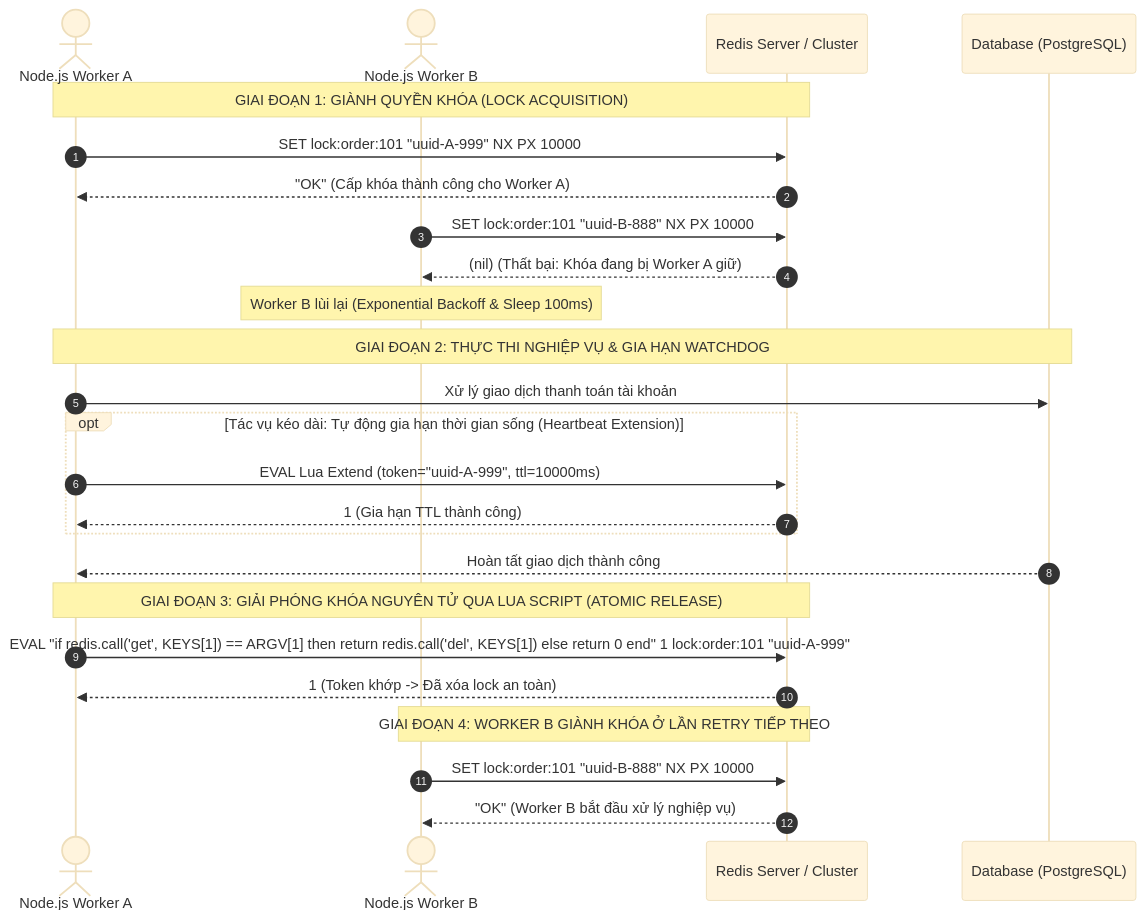
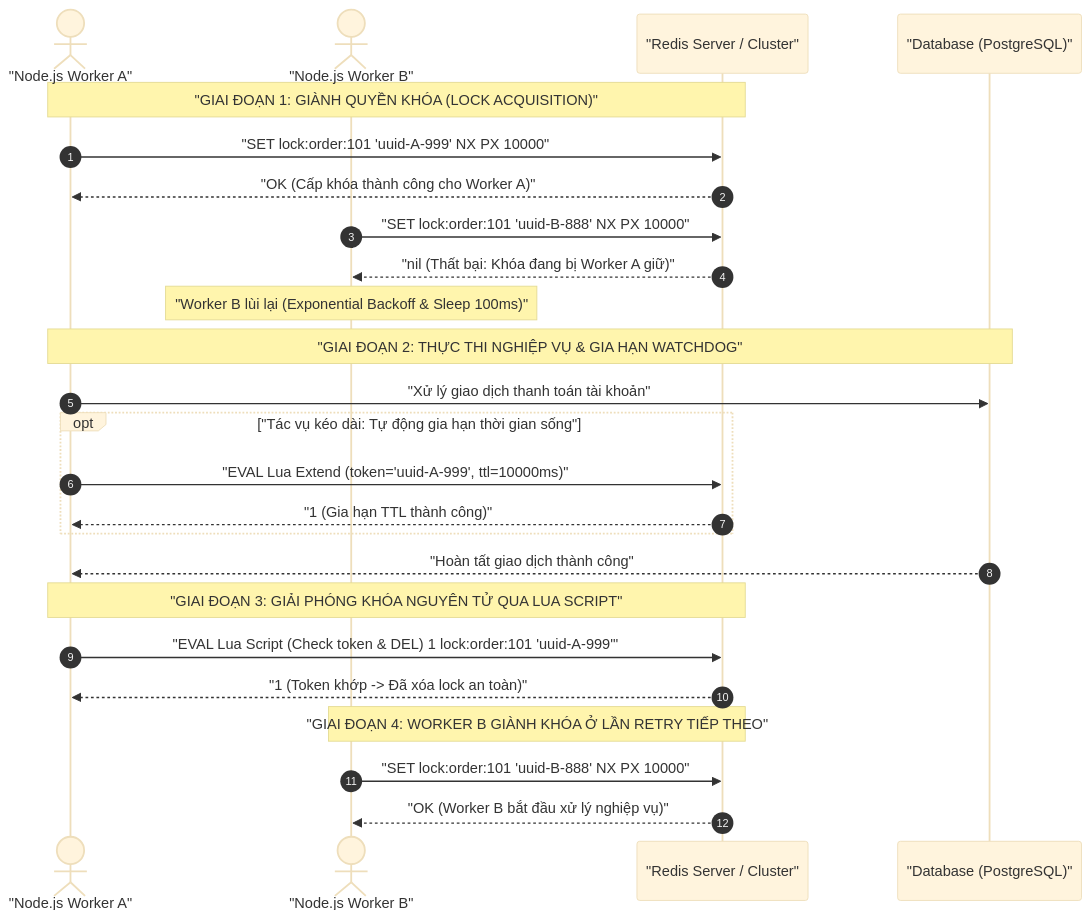
The ninth of 10 diagrams in Backend/Database & Storage/03. Redis Mastery/Bài 01 - Redis Core Data Structures, Caching Strategies & Locks.md (hydragon2m/docs), drawn with Mermaid (base theme) before and after one commit. The commit also changed other lines of this file and 3 other files, not shown here.

````diff
--- a/Backend/Database & Storage/03. Redis Mastery/Bài 01 - Redis Core Data Structures, Caching Strategies & Locks.md
+++ b/Backend/Database & Storage/03. Redis Mastery/Bài 01 - Redis Core Data Structures, Caching Strategies & Locks.md
@@ -370,32 +372,32 @@
 ```mermaid
 sequenceDiagram
     autonumber
-    actor WorkerA as Node.js Worker A
-    actor WorkerB as Node.js Worker B
-    participant Redis as Redis Server / Cluster
-    participant DB as Database (PostgreSQL)
+    actor WorkerA as "Node.js Worker A"
+    actor WorkerB as "Node.js Worker B"
+    participant Redis as "Redis Server / Cluster"
+    participant DB as "Database (PostgreSQL)"
 
-    Note over WorkerA,Redis: GIAI ĐOẠN 1: GIÀNH QUYỀN KHÓA (LOCK ACQUISITION)
-    WorkerA->>Redis: SET lock:order:101 "uuid-A-999" NX PX 10000
-    Redis-->>WorkerA: "OK" (Cấp khóa thành công cho Worker A)
+    Note over WorkerA,Redis: "GIAI ĐOẠN 1: GIÀNH QUYỀN KHÓA (LOCK ACQUISITION)"
+    WorkerA->>Redis: "SET lock:order:101 'uuid-A-999' NX PX 10000"
+    Redis-->>WorkerA: "OK (Cấp khóa thành công cho Worker A)"
 
-    WorkerB->>Redis: SET lock:order:101 "uuid-B-888" NX PX 10000
-    Redis-->>WorkerB: (nil) (Thất bại: Khóa đang bị Worker A giữ)
-    Note over WorkerB: Worker B lùi lại (Exponential Backoff & Sleep 100ms)
+    WorkerB->>Redis: "SET lock:order:101 'uuid-B-888' NX PX 10000"
+    Redis-->>WorkerB: "nil (Thất bại: Khóa đang bị Worker A giữ)"
+    Note over WorkerB: "Worker B lùi lại (Exponential Backoff & Sleep 100ms)"
 
-    Note over WorkerA,DB: GIAI ĐOẠN 2: THỰC THI NGHIỆP VỤ & GIA HẠN WATCHDOG
-    WorkerA->>DB: Xử lý giao dịch thanh toán tài khoản
-    opt Tác vụ kéo dài: Tự động gia hạn thời gian sống (Heartbeat Extension)
-        WorkerA->>Redis: EVAL Lua Extend (token="uuid-A-999", ttl=10000ms)
-        Redis-->>WorkerA: 1 (Gia hạn TTL thành công)
+    Note over WorkerA,DB: "GIAI ĐOẠN 2: THỰC THI NGHIỆP VỤ & GIA HẠN WATCHDOG"
+    WorkerA->>DB: "Xử lý giao dịch thanh toán tài khoản"
+    opt "Tác vụ kéo dài: Tự động gia hạn thời gian sống"
+        WorkerA->>Redis: "EVAL Lua Extend (token='uuid-A-999', ttl=10000ms)"
+        Redis-->>WorkerA: "1 (Gia hạn TTL thành công)"
     end
-    DB-->>WorkerA: Hoàn tất giao dịch thành công
+    DB-->>WorkerA: "Hoàn tất giao dịch thành công"
 
-    Note over WorkerA,Redis: GIAI ĐOẠN 3: GIẢI PHÓNG KHÓA NGUYÊN TỬ QUA LUA SCRIPT (ATOMIC RELEASE)
-    WorkerA->>Redis: EVAL "if redis.call('get', KEYS[1]) == ARGV[1] then return redis.call('del', KEYS[1]) else return 0 end" 1 lock:order:101 "uuid-A-999"
-    Redis-->>WorkerA: 1 (Token khớp -> Đã xóa lock an toàn)
+    Note over WorkerA,Redis: "GIAI ĐOẠN 3: GIẢI PHÓNG KHÓA NGUYÊN TỬ QUA LUA SCRIPT"
+    WorkerA->>Redis: "EVAL Lua Script (Check token & DEL) 1 lock:order:101 'uuid-A-999'"
+    Redis-->>WorkerA: "1 (Token khớp -> Đã xóa lock an toàn)"
 
-    Note over WorkerB,Redis: GIAI ĐOẠN 4: WORKER B GIÀNH KHÓA Ở LẦN RETRY TIẾP THEO
-    WorkerB->>Redis: SET lock:order:101 "uuid-B-888" NX PX 10000
-    Redis-->>WorkerB: "OK" (Worker B bắt đầu xử lý nghiệp vụ)
+    Note over WorkerB,Redis: "GIAI ĐOẠN 4: WORKER B GIÀNH KHÓA Ở LẦN RETRY TIẾP THEO"
+    WorkerB->>Redis: "SET lock:order:101 'uuid-B-888' NX PX 10000"
+    Redis-->>WorkerB: "OK (Worker B bắt đầu xử lý nghiệp vụ)"
 ```
````
